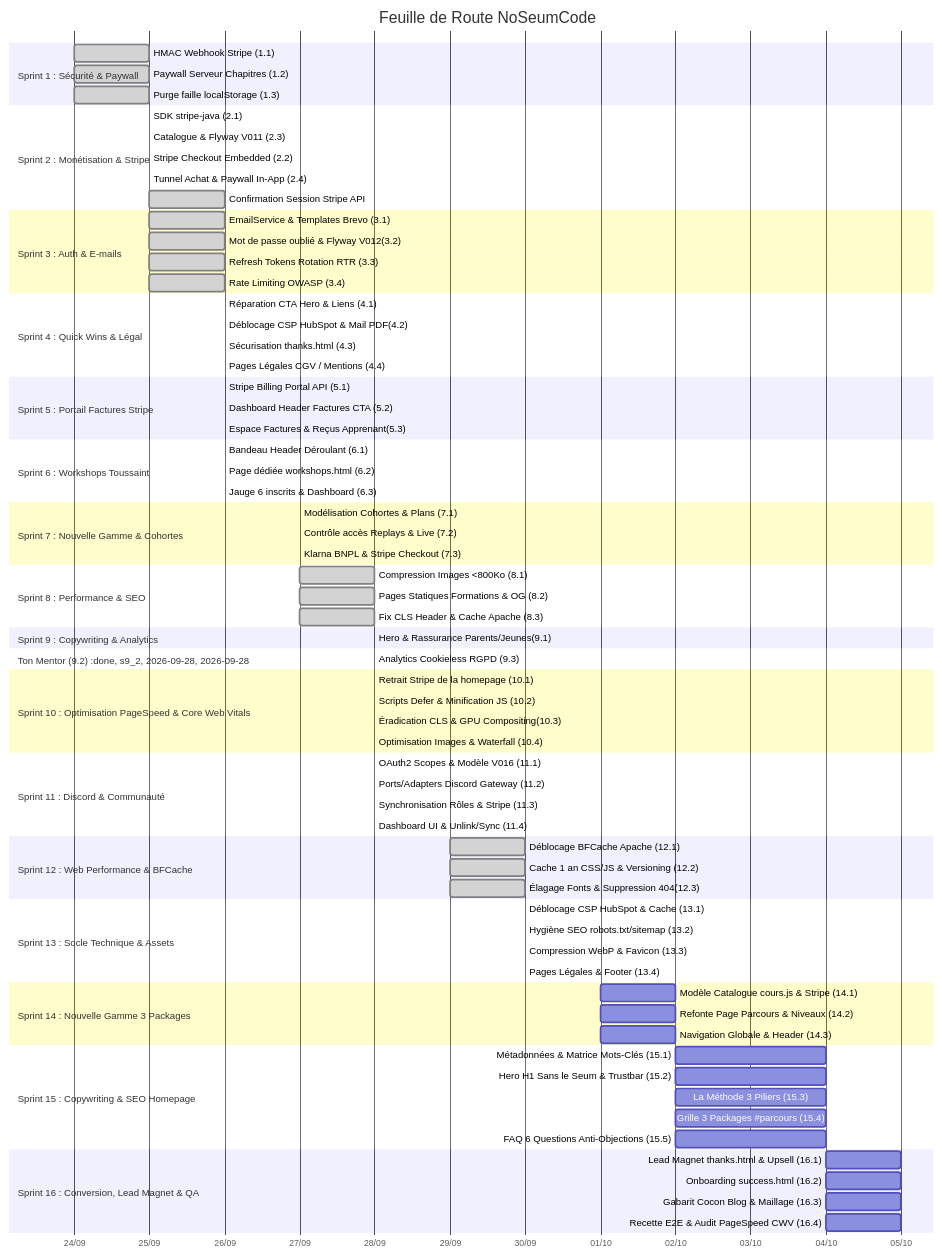
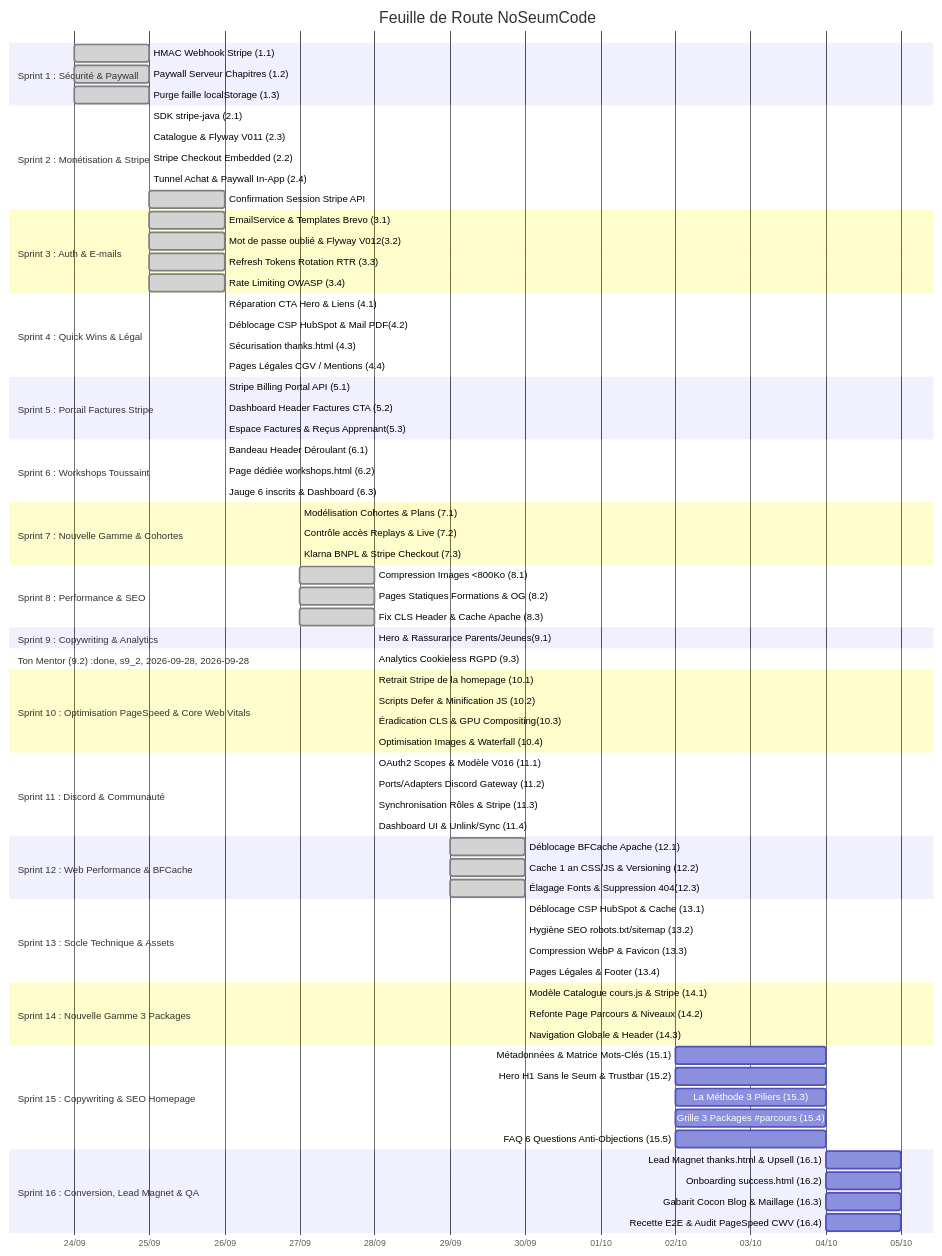
One commit to cedricrgt/noSeumCode changed the diagram in docs/ai/ROADMAP.md. Above: the diagram before and after it, drawn with Mermaid. The commit also changed other lines of this file and 10 other files, not shown here.

```diff
--- a/docs/ai/ROADMAP.md
+++ b/docs/ai/ROADMAP.md
@@ -109,9 +109,9 @@
     Pages Légales & Footer (13.4)        :done, s13_4, 2026-09-30, 2026-09-30
 
     section Sprint 14 : Nouvelle Gamme 3 Packages
-    Modèle Catalogue cours.js & Stripe (14.1):s14_1, 2026-10-01, 2026-10-02
-    Refonte Page Parcours & Niveaux (14.2)   :s14_2, 2026-10-01, 2026-10-02
-    Navigation Globale & Header (14.3)       :s14_3, 2026-10-01, 2026-10-02
+    Modèle Catalogue cours.js & Stripe (14.1):done, s14_1, 2026-09-30, 2026-09-30
+    Refonte Page Parcours & Niveaux (14.2)   :done, s14_2, 2026-09-30, 2026-09-30
+    Navigation Globale & Header (14.3)       :done, s14_3, 2026-09-30, 2026-09-30
 
     section Sprint 15 : Copywriting & SEO Homepage
     Métadonnées & Matrice Mots-Clés (15.1)   :s15_1, 2026-10-02, 2026-10-04
```
